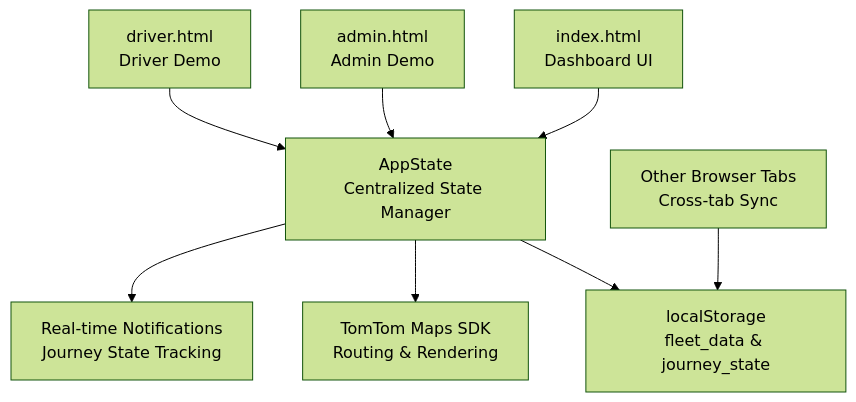
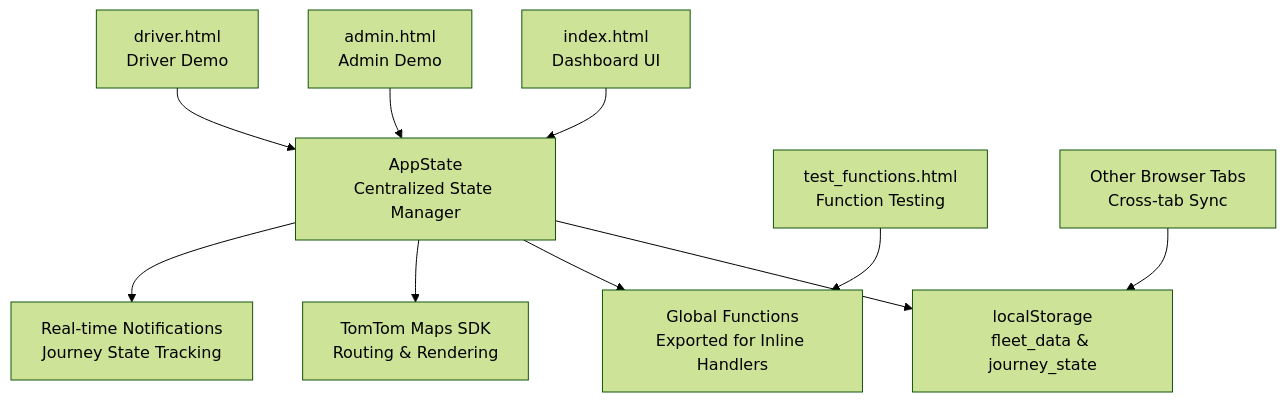
The first of 6 diagrams in .qoder/repowiki/en/content/Data Management and Persistence.md (Rehanpatel3858/BusTrack-Pro), drawn with Mermaid (forest theme) before and after one commit. The commit also changed other lines of this file and 6 other files, not shown here.

````diff
--- a/.qoder/repowiki/en/content/Data Management and Persistence.md
+++ b/.qoder/repowiki/en/content/Data Management and Persistence.md
@@ -44,10 +47,12 @@
 ```mermaid
 graph TB
 UI["index.html<br/>Dashboard UI"] --> AppState["AppState<br/>Centralized State Manager"]
 AppState --> LS["localStorage<br/>fleet_data & journey_state"]
+AppState --> Functions["Global Functions<br/>Exported for Inline Handlers"]
 AppState --> Map["TomTom Maps SDK<br/>Routing & Rendering"]
 AppState --> Notifications["Real-time Notifications<br/>Journey State Tracking"]
 Admin["admin.html<br/>Admin Demo"] --> AppState
 Driver["driver.html<br/>Driver Demo"] --> AppState
+Test["test_functions.html<br/>Function Testing"] --> Functions
 CrossTab["Other Browser Tabs<br/>Cross-tab Sync"] --> LS
 ```
````
